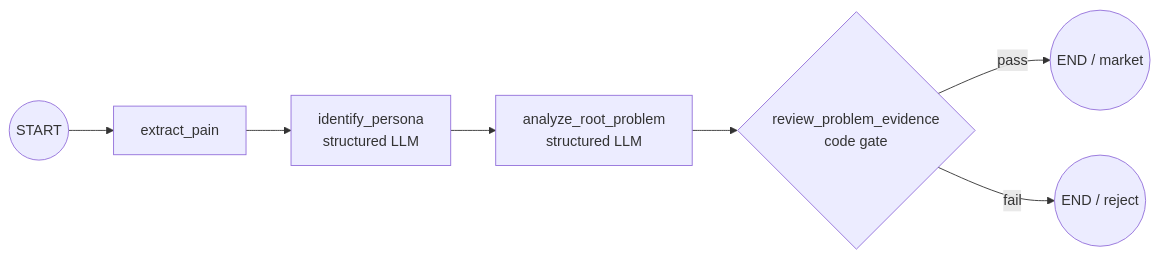
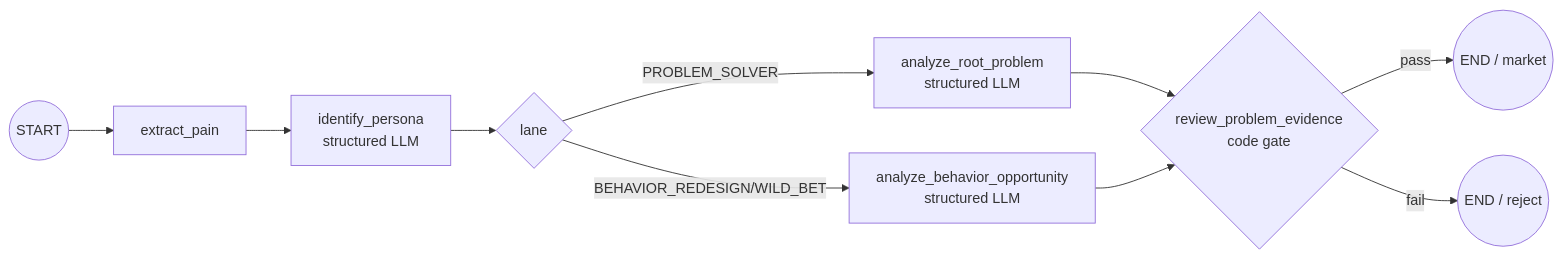
Before and after one commit to sungpyo9053/graph: the third of 6 diagrams in docs/graph-design.md, drawn with Mermaid. The commit also changed other lines of this file and 36 other files, not shown here.

Commit message:
add behavior redesign discovery lane

````diff
--- a/docs/graph-design.md
+++ b/docs/graph-design.md
@@ -48,9 +51,12 @@
 ```mermaid
 flowchart LR
     S((START)) --> P[extract_pain]
     P --> U[identify_persona<br/>structured LLM]
-    U --> R[analyze_root_problem<br/>structured LLM]
+    U --> L{lane}
+    L -->|PROBLEM_SOLVER| R[analyze_root_problem<br/>structured LLM]
+    L -->|BEHAVIOR_REDESIGN/WILD_BET| B[analyze_behavior_opportunity<br/>structured LLM]
     R --> G{review_problem_evidence<br/>code gate}
+    B --> G
     G -->|pass| E((END / market))
     G -->|fail| X((END / reject))
 ```
````
